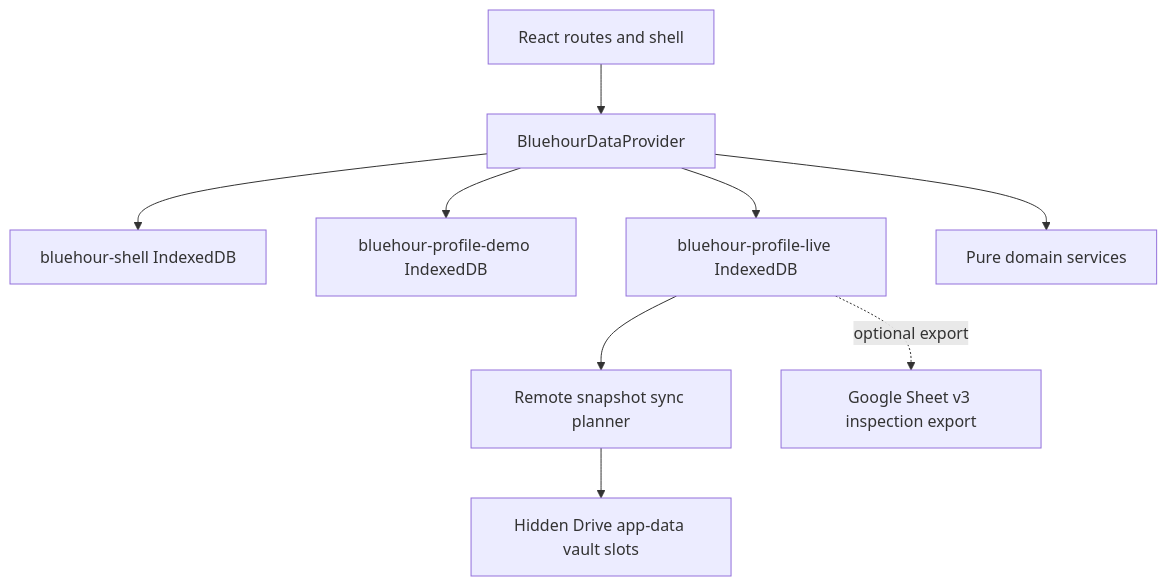
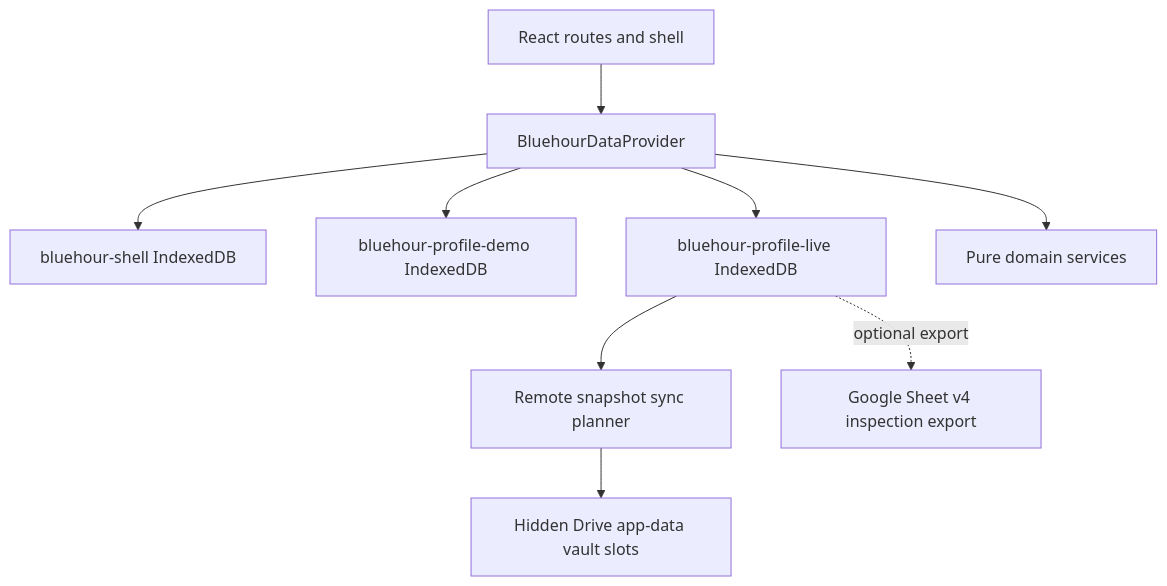
One commit to datojulien/bluehour changed the diagram in docs/ARCHITECTURE.md. Above: the diagram before and after it, drawn with Mermaid. The commit also changed other lines of this file and 65 other files, not shown here.

````diff
--- a/docs/ARCHITECTURE.md
+++ b/docs/ARCHITECTURE.md
@@ -5,11 +5,11 @@
 ```mermaid
 flowchart TD
   UI[React routes and shell] --> Provider[BluehourDataProvider]
   Provider --> ShellDB[bluehour-shell IndexedDB]
   Provider --> DemoDB[bluehour-profile-demo IndexedDB]
   Provider --> LiveDB[bluehour-profile-live IndexedDB]
   LiveDB --> Sync[Remote snapshot sync planner]
   Sync --> Drive[Hidden Drive app-data vault slots]
-  LiveDB -. optional export .-> Sheets[Google Sheet v3 inspection export]
+  LiveDB -. optional export .-> Sheets[Google Sheet v4 inspection export]
   Provider --> Domain[Pure domain services]
 ```
````
